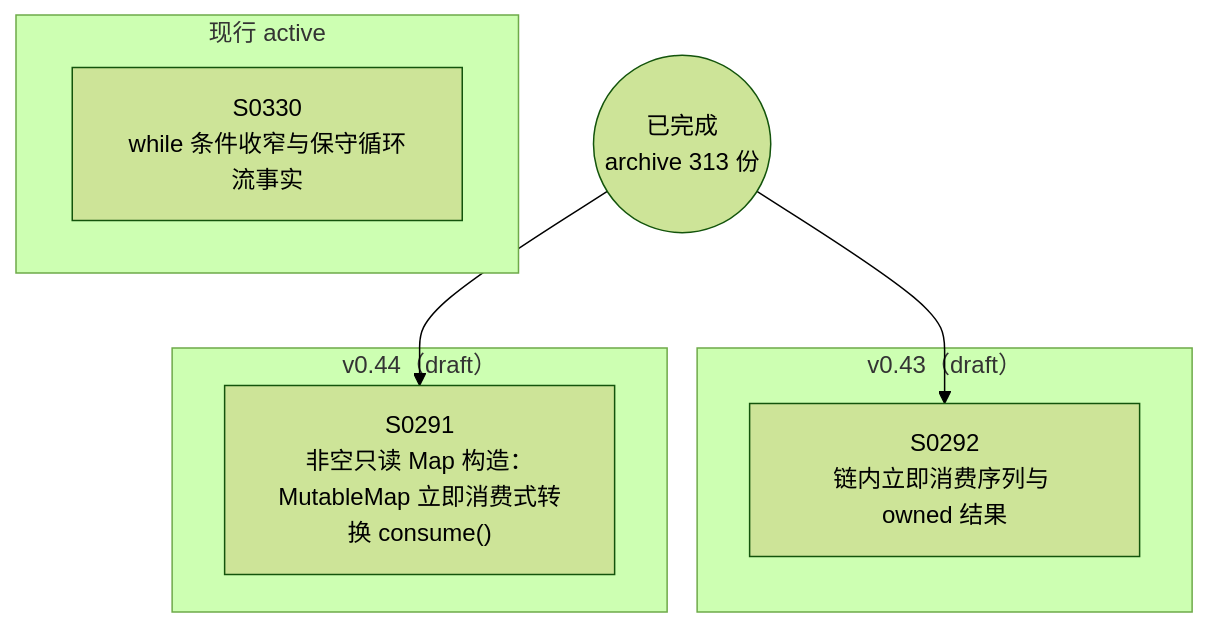
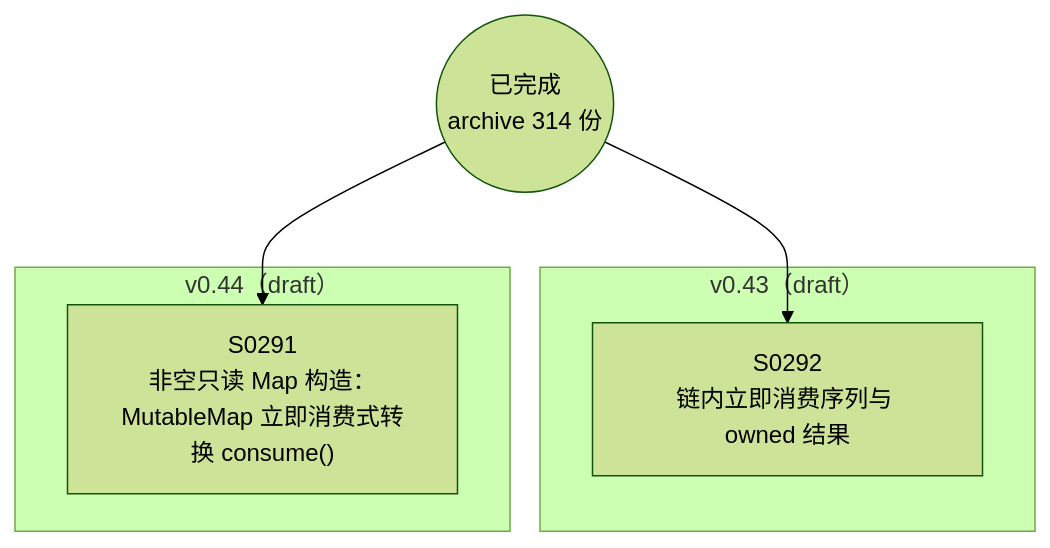
One commit to Halckon/Koven changed the diagram in docs/specs/dependency-graph.md. Above: the diagram before and after it, drawn with Mermaid (forest theme). The commit also changed other lines of this file and 10 other files, not shown here.

````diff
--- a/docs/specs/dependency-graph.md
+++ b/docs/specs/dependency-graph.md
@@ -9,15 +9,12 @@
 ```mermaid
 flowchart TD
-ARCH(("已完成<br/>archive 313 份"))
-subgraph Gactive["现行 active"]
-  S0330["S0330<br/>while 条件收窄与保守循环流事实"]
-end
+ARCH(("已完成<br/>archive 314 份"))
 subgraph Gdrafts_v043["v0.43（draft）"]
   S0292["S0292<br/>链内立即消费序列与 owned 结果"]
 end
 subgraph Gdrafts_v044["v0.44（draft）"]
   S0291["S0291<br/>非空只读 Map 构造：MutableMap 立即消费式转换 consume()"]
 end
 ARCH --> S0291
 ARCH --> S0292
 ```
````
